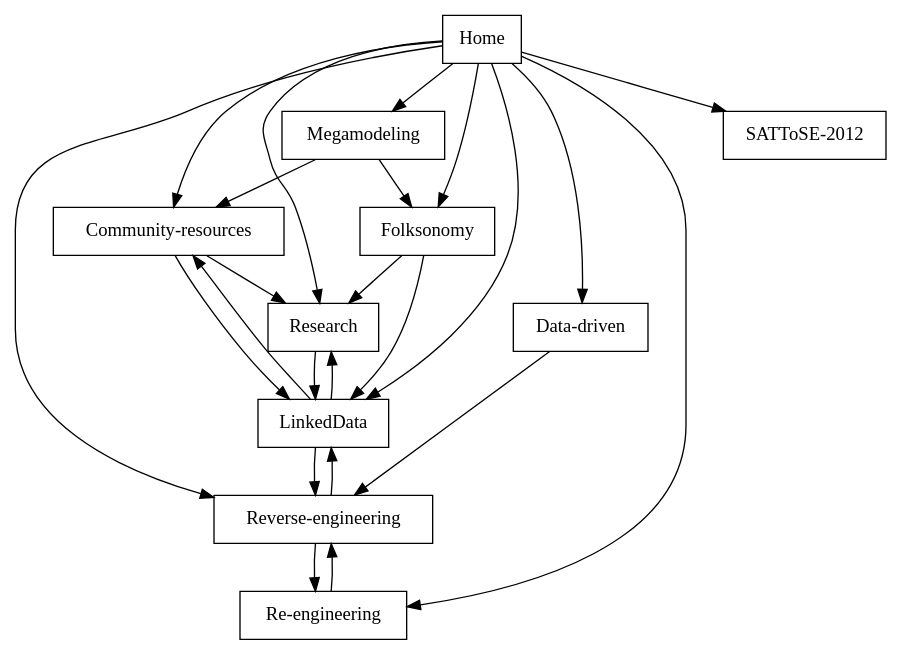
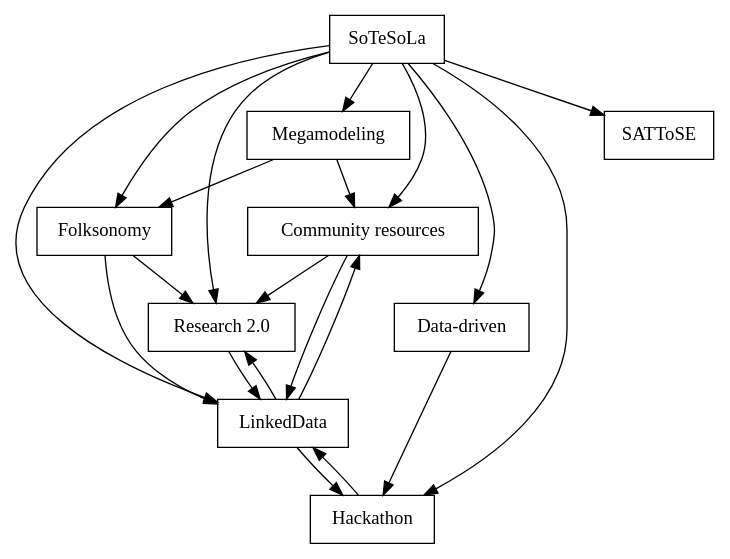
One commit to SATToSE/SoTeSoLa2012 changed the diagram in wg-community-resources/sotesola-wiki-graph/rel.dot. Above: the diagram before and after it, drawn with Graphviz. The commit also changed 2 other files, not shown here.

Commit message:
update of the graph to merge the hackathons

```diff
--- a/wg-community-resources/sotesola-wiki-graph/rel.dot
+++ b/wg-community-resources/sotesola-wiki-graph/rel.dot
@@ -1,23 +1,20 @@
-digraph Relation { node [shape=box]"Community-resources" -> "Research"
-"Community-resources" -> "LinkedData"
-"Data-driven" -> "Reverse-engineering"
-"Folksonomy" -> "Research"
+digraph Relation { node [shape=box]"Community resources" -> "Research 2.0"
+"Community resources" -> "LinkedData"
+"Data-driven" -> "Hackathon"
+"Folksonomy" -> "Research 2.0"
 "Folksonomy" -> "LinkedData"
-"Home" -> "Research"
-"Home" -> "Reverse-engineering"
-"Home" -> "Re-engineering"
-"Home" -> "LinkedData"
-"Home" -> "Community-resources"
-"Home" -> "Folksonomy"
-"Home" -> "Data-driven"
-"Home" -> "Megamodeling"
-"Home" -> "SATToSE-2012"
-"LinkedData" -> "Research"
-"LinkedData" -> "Community-resources"
-"LinkedData" -> "Reverse-engineering"
-"Megamodeling" -> "Community-resources"
+"Hackathon" -> "LinkedData"
+"SoTeSoLa" -> "Research 2.0"
+"SoTeSoLa" -> "Hackathon"
+"SoTeSoLa" -> "LinkedData"
+"SoTeSoLa" -> "Community resources"
+"SoTeSoLa" -> "Folksonomy"
+"SoTeSoLa" -> "Data-driven"
+"SoTeSoLa" -> "Megamodeling"
+"SoTeSoLa" -> "SATToSE"
+"LinkedData" -> "Research 2.0"
+"LinkedData" -> "Community resources"
+"LinkedData" -> "Hackathon"
+"Megamodeling" -> "Community resources"
 "Megamodeling" -> "Folksonomy"
-"Re-engineering" -> "Reverse-engineering"
-"Research" -> "LinkedData"
-"Reverse-engineering" -> "Re-engineering"
-"Reverse-engineering" -> "LinkedData"}
+"Research 2.0" -> "LinkedData"}
```
